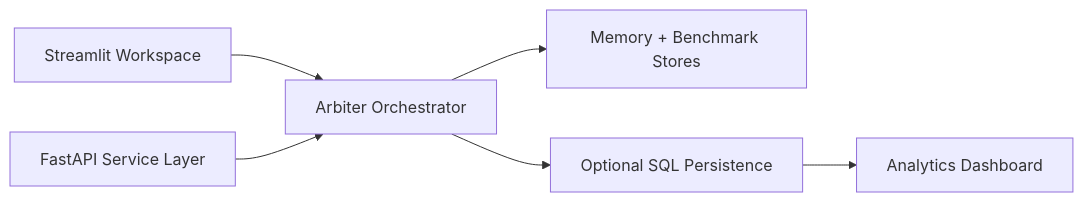
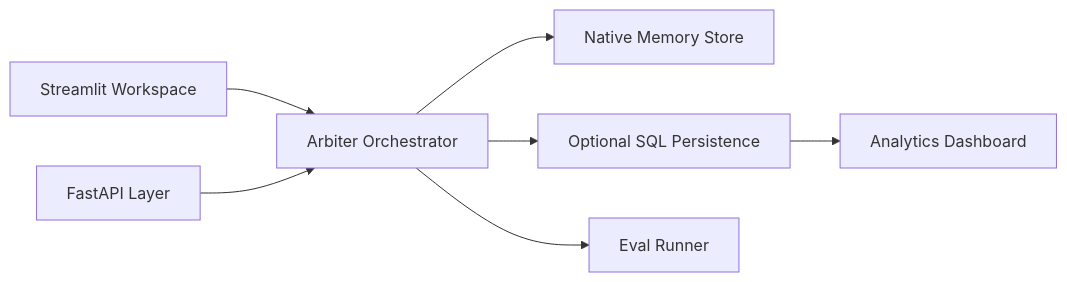
One commit to lucaomul/TheArbiter changed the second of 2 diagrams in README.md. Above: the diagram before and after it, drawn with Mermaid. The commit also changed other lines of this file and 51 other files, not shown here.

````diff
--- a/README.md
+++ b/README.md
@@ -89,8 +40,9 @@
 ```mermaid
 flowchart LR
     UI["Streamlit Workspace"] --> ORCH["Arbiter Orchestrator"]
-    API["FastAPI Service Layer"] --> ORCH
-    ORCH --> MEM["Memory + Benchmark Stores"]
-    ORCH --> DB["Optional SQL Persistence"]
-    DB --> AD["Analytics Dashboard"]
+    API["FastAPI Layer"] --> ORCH
+    ORCH --> MEM["Native Memory Store"]
+    ORCH --> SQL["Optional SQL Persistence"]
+    ORCH --> EVAL["Eval Runner"]
+    SQL --> AD["Analytics Dashboard"]
 ```
````
